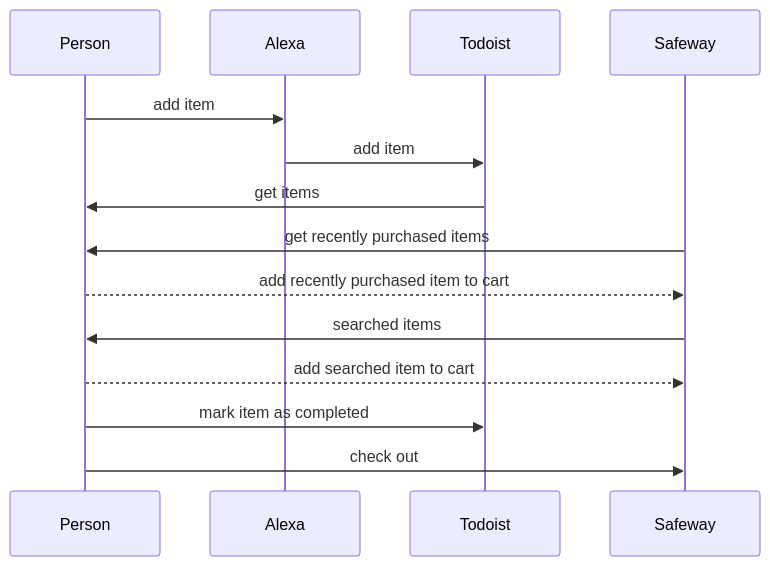
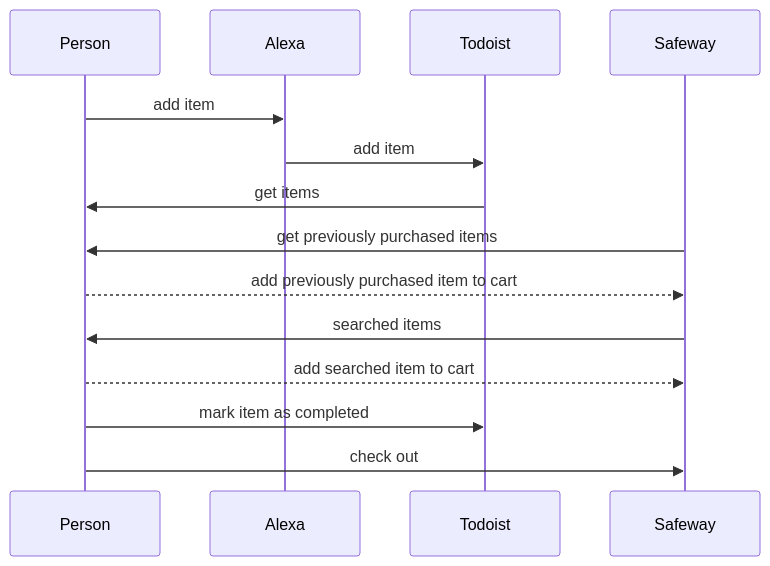
The diagram in README.md (redgeoff/grocery-shopping-bot), drawn with Mermaid before and after one commit.

Commit message:
previously not recently

````diff
--- a/README.md
+++ b/README.md
@@ -7,12 +7,12 @@
 ```mermaid
 sequenceDiagram
     Person->>Alexa: add item
     Alexa->>Todoist: add item
     Todoist->>Person: get items
-    Safeway->>Person: get recently purchased items
-    Person-->>Safeway: add recently purchased item to cart
+    Safeway->>Person: get previously purchased items
+    Person-->>Safeway: add previously purchased item to cart
     Safeway->>Person: searched items
     Person-->>Safeway: add searched item to cart
     Person->>Todoist: mark item as completed
     Person->>Safeway: check out
 ```
````
